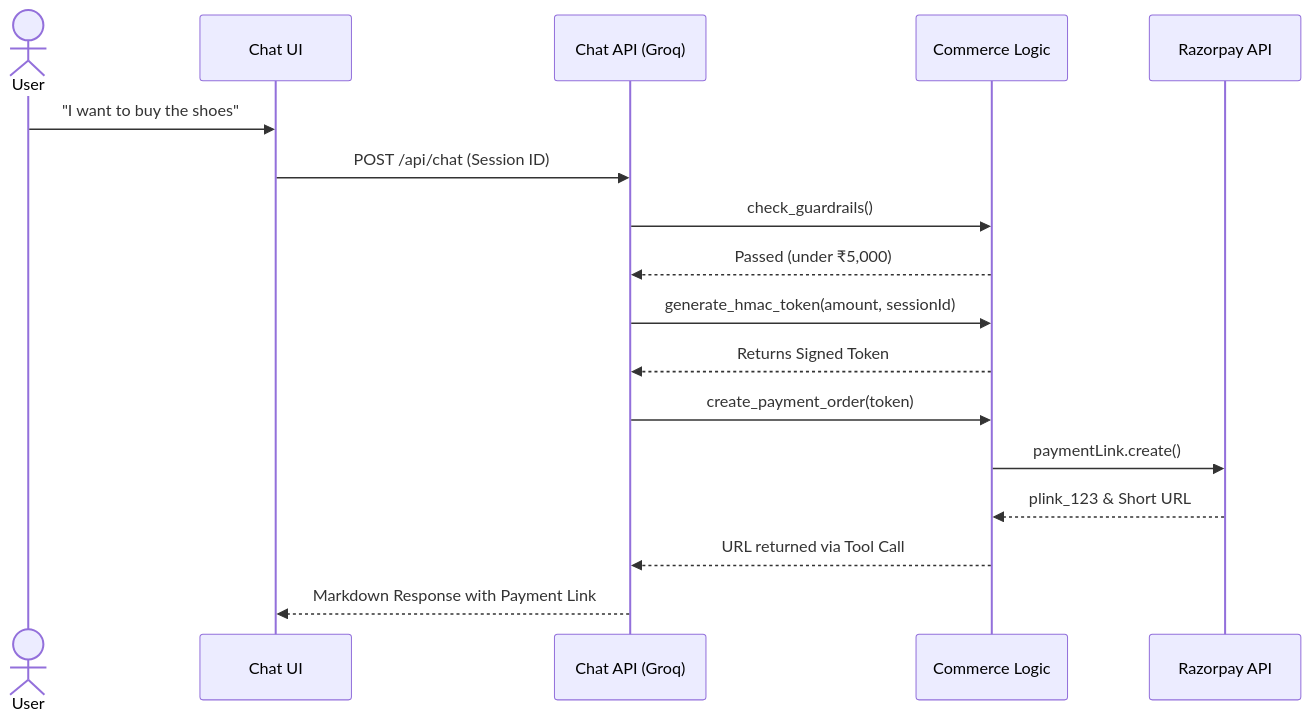
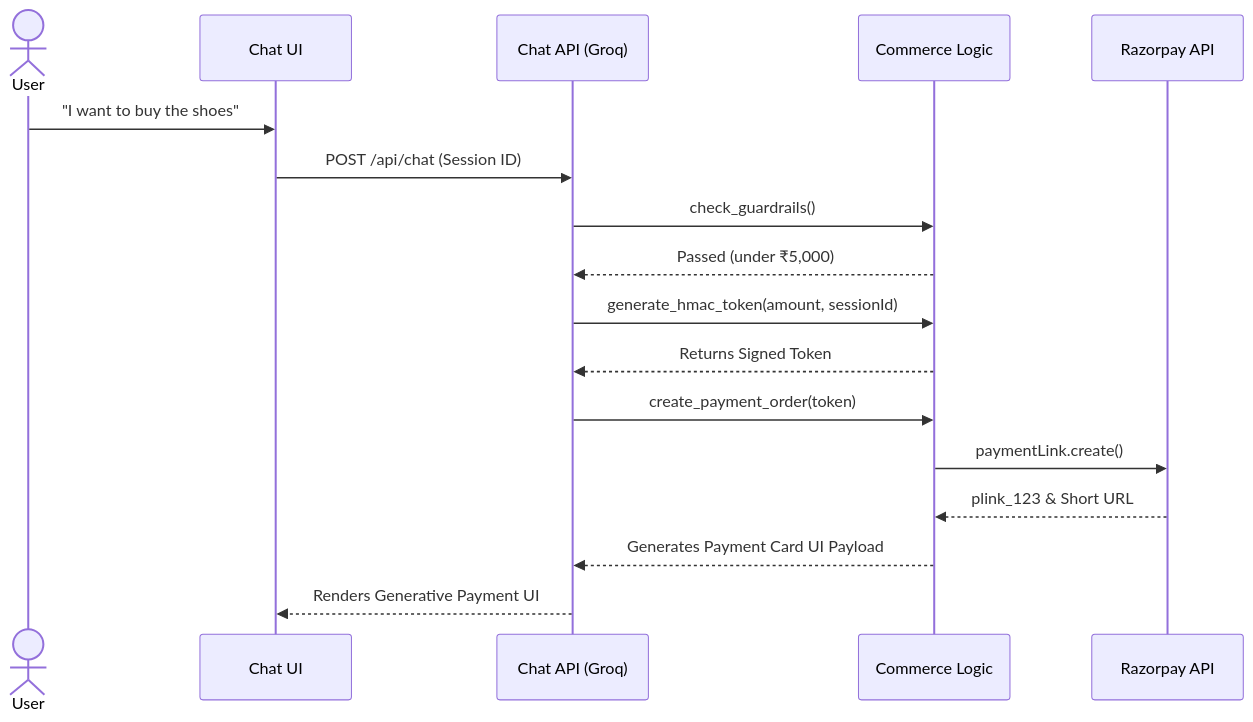
Before and after one commit to 11DDBOY11/AI-Growth-Agentic-Commerce: the diagram in README.md, drawn with Mermaid. The commit also changed other lines of this file, not shown here.

Commit message:
docs: rewrite README to showcase Generative UI and enterprise features

````diff
--- a/README.md
+++ b/README.md
@@ -49,20 +60,20 @@
 ```mermaid
 sequenceDiagram
     actor User
     participant Frontend as Chat UI
     participant Route as Chat API (Groq)
     participant Core as Commerce Logic
     participant Razorpay as Razorpay API
 
     User->>Frontend: "I want to buy the shoes"
     Frontend->>Route: POST /api/chat (Session ID)
     Route->>Core: check_guardrails()
     Core-->>Route: Passed (under ₹5,000)
     Route->>Core: generate_hmac_token(amount, sessionId)
     Core-->>Route: Returns Signed Token
     Route->>Core: create_payment_order(token)
     Core->>Razorpay: paymentLink.create()
     Razorpay-->>Core: plink_123 & Short URL
-    Core-->>Route: URL returned via Tool Call
-    Route-->>Frontend: Markdown Response with Payment Link
+    Core-->>Route: Generates Payment Card UI Payload
+    Route-->>Frontend: Renders Generative Payment UI
 ```
````
